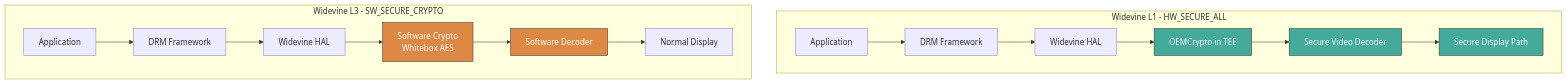
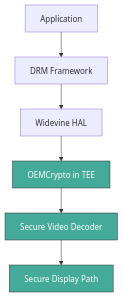
One commit to aospbooks/aosp-internal-book changed the eighth of 15 diagrams in 42-drm.md. Above: the diagram before and after it, drawn with Mermaid. The commit also changed other lines of this file, not shown here.

Commit message:
42-drm: split combined L1/L3 mermaid in § 42.4.2 into two diagrams
The two subgraphs in one mermaid block forced the renderer to lay out
both data paths side by side, which made the boxes narrow and the
arrows hard to follow. Split into two top-down diagrams (one per
security level) with descriptive captions; the styling that
distinguishes L1 (TEE-protected) from L3 (software) is preserved.

````diff
--- a/42-drm.md
+++ b/42-drm.md
@@ -1080,23 +1082,11 @@
 ```mermaid
 graph TB
-    subgraph "Widevine L1 - HW_SECURE_ALL"
-        L1_APP[Application] --> L1_FW[DRM Framework]
-        L1_FW --> L1_WV[Widevine HAL]
-        L1_WV --> L1_OEM[OEMCrypto in TEE]
-        L1_OEM --> L1_DEC[Secure Video Decoder]
-        L1_DEC --> L1_DISP[Secure Display Path]
-        style L1_OEM fill:#4a9,stroke:#333,color:#fff
-        style L1_DEC fill:#4a9,stroke:#333,color:#fff
-        style L1_DISP fill:#4a9,stroke:#333,color:#fff
-    end
-
-    subgraph "Widevine L3 - SW_SECURE_CRYPTO"
-        L3_APP[Application] --> L3_FW[DRM Framework]
-        L3_FW --> L3_WV[Widevine HAL]
-        L3_WV --> L3_SW["Software Crypto<br/>Whitebox AES"]
-        L3_SW --> L3_DEC[Software Decoder]
-        L3_DEC --> L3_DISP[Normal Display]
-        style L3_SW fill:#d84,stroke:#333,color:#fff
-        style L3_DEC fill:#d84,stroke:#333,color:#fff
-    end
+    L1_APP[Application] --> L1_FW[DRM Framework]
+    L1_FW --> L1_WV[Widevine HAL]
+    L1_WV --> L1_OEM[OEMCrypto in TEE]
+    L1_OEM --> L1_DEC[Secure Video Decoder]
+    L1_DEC --> L1_DISP[Secure Display Path]
+    style L1_OEM fill:#4a9,stroke:#333,color:#fff
+    style L1_DEC fill:#4a9,stroke:#333,color:#fff
+    style L1_DISP fill:#4a9,stroke:#333,color:#fff
 ```
````
